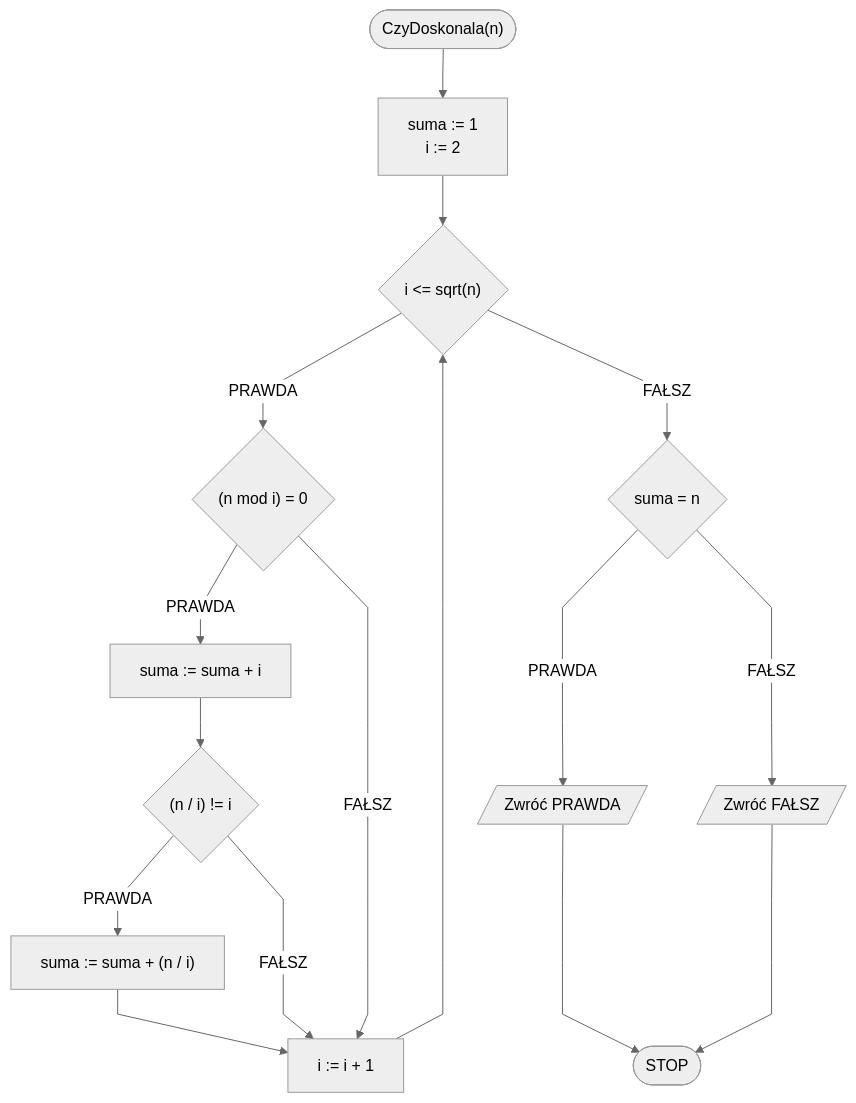
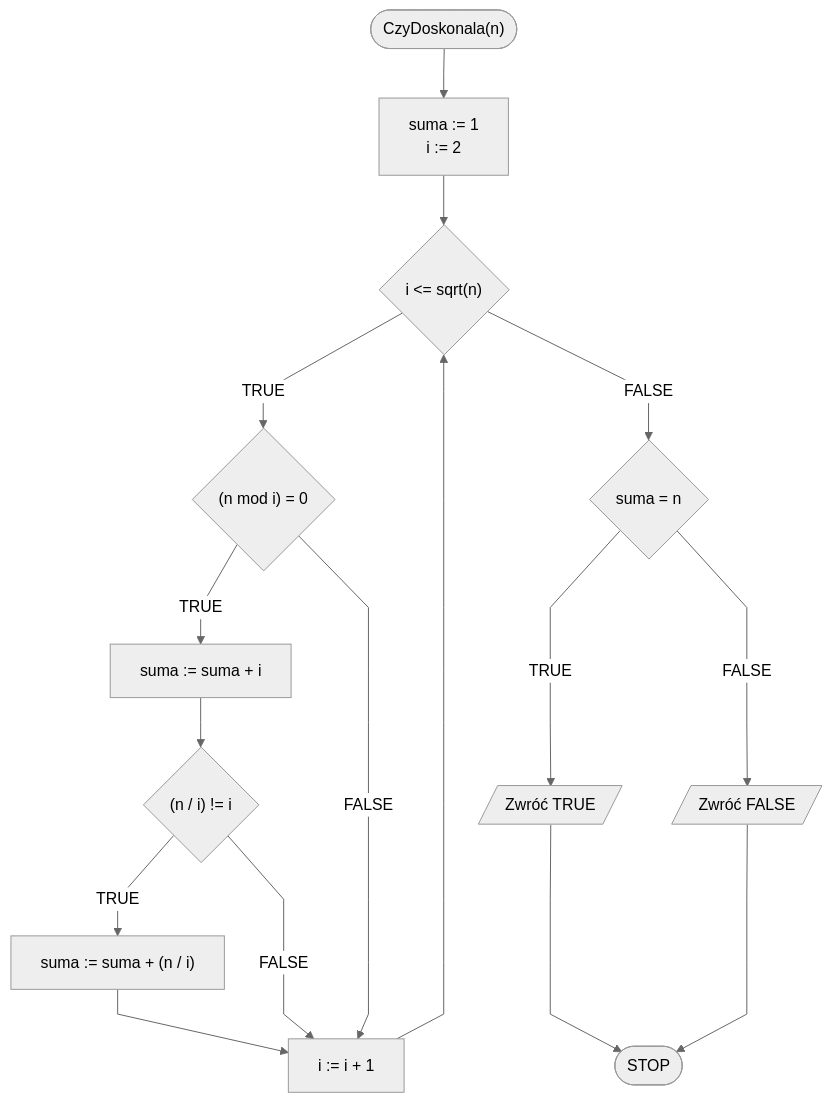
The second of 2 diagrams in docs/algorithms/integers/perfect-test.md (blackbat13/edu-cs-htiew-en), drawn with Mermaid before and after one commit. The commit also changed other lines of this file and 682 other files, not shown here.

````diff
--- a/docs/algorithms/integers/perfect-test.md
+++ b/docs/algorithms/integers/perfect-test.md
@@ -143,20 +143,20 @@
 ```mermaid
 %%{init: {"flowchart": {"curve": "linear"}, "theme": "neutral"} }%%
 flowchart TD
 	START(["CzyDoskonala(n)"]) --> K1["suma := 1
 	i := 2"]
 	K1 --> K2{"i <= sqrt(n)"}
-	K2 -- PRAWDA --> K3{"(n mod i) = 0"}
-	K3 -- PRAWDA --> K4[suma := suma + i]
+	K2 -- TRUE --> K3{"(n mod i) = 0"}
+	K3 -- TRUE --> K4[suma := suma + i]
 	K4 --> K5{"(n / i) != i"}
-	K5 -- PRAWDA --> K6["suma := suma + (n / i)"]
+	K5 -- TRUE --> K6["suma := suma + (n / i)"]
 	K6 --> K2i[i := i + 1]
-	K5 -- FAŁSZ --> K2i
-	K3 -- FAŁSZ --> K2i
+	K5 -- FALSE --> K2i
+	K3 -- FALSE --> K2i
 	K2i --> K2
-	K2 -- FAŁSZ --> K7{suma = n}
-	K7 -- PRAWDA ---> K8[/Zwróć PRAWDA/]
+	K2 -- FALSE --> K7{suma = n}
+	K7 -- TRUE ---> K8[/Zwróć TRUE/]
 	K8 ---> STOP([STOP])
-	K7 -- FAŁSZ ---> K10[/Zwróć FAŁSZ/]
+	K7 -- FALSE ---> K10[/Zwróć FALSE/]
 	K10 ---> STOP
 ```
````
